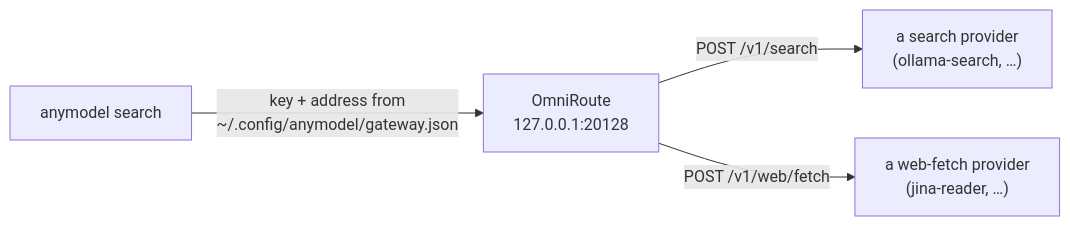
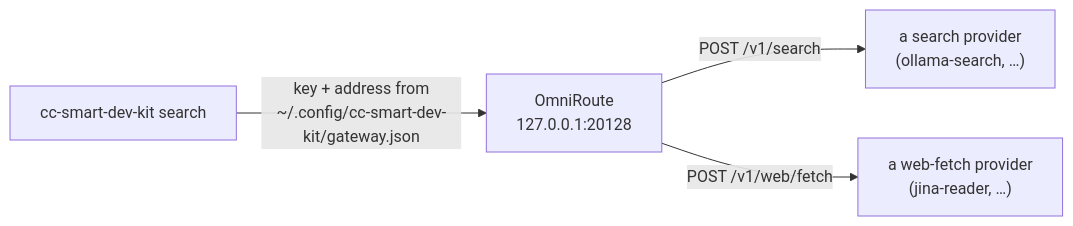
Before and after one commit to sellanybiz/cc-smart-dev-kit: the diagram in docs/search.md, drawn with Mermaid. The commit also changed other lines of this file and 202 other files, not shown here.

````diff
--- a/docs/search.md
+++ b/docs/search.md
@@ -15,6 +15,6 @@
 ```mermaid
 flowchart LR
-    C["anymodel search"] -->|"key + address from<br/>~/.config/anymodel/gateway.json"| O["OmniRoute<br/>127.0.0.1:20128"]
+    C["cc-smart-dev-kit search"] -->|"key + address from<br/>~/.config/cc-smart-dev-kit/gateway.json"| O["OmniRoute<br/>127.0.0.1:20128"]
     O -->|"POST /v1/search"| P["a search provider<br/>(ollama-search, …)"]
     O -->|"POST /v1/web/fetch"| F["a web-fetch provider<br/>(jina-reader, …)"]
 ```
````
